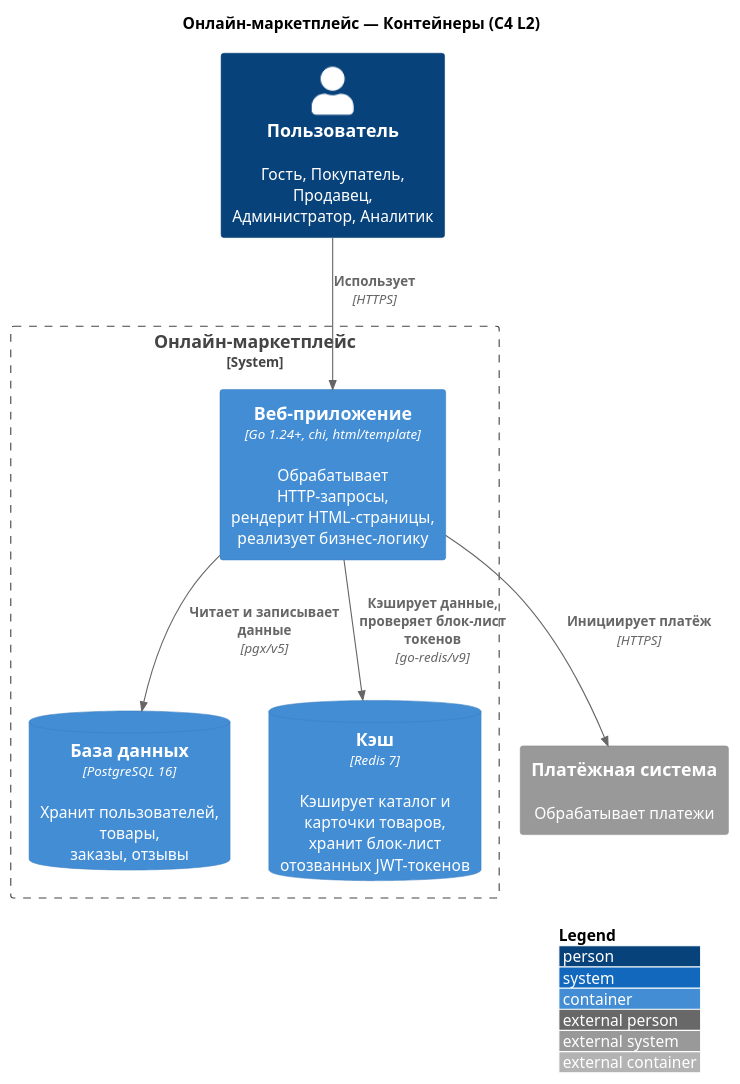
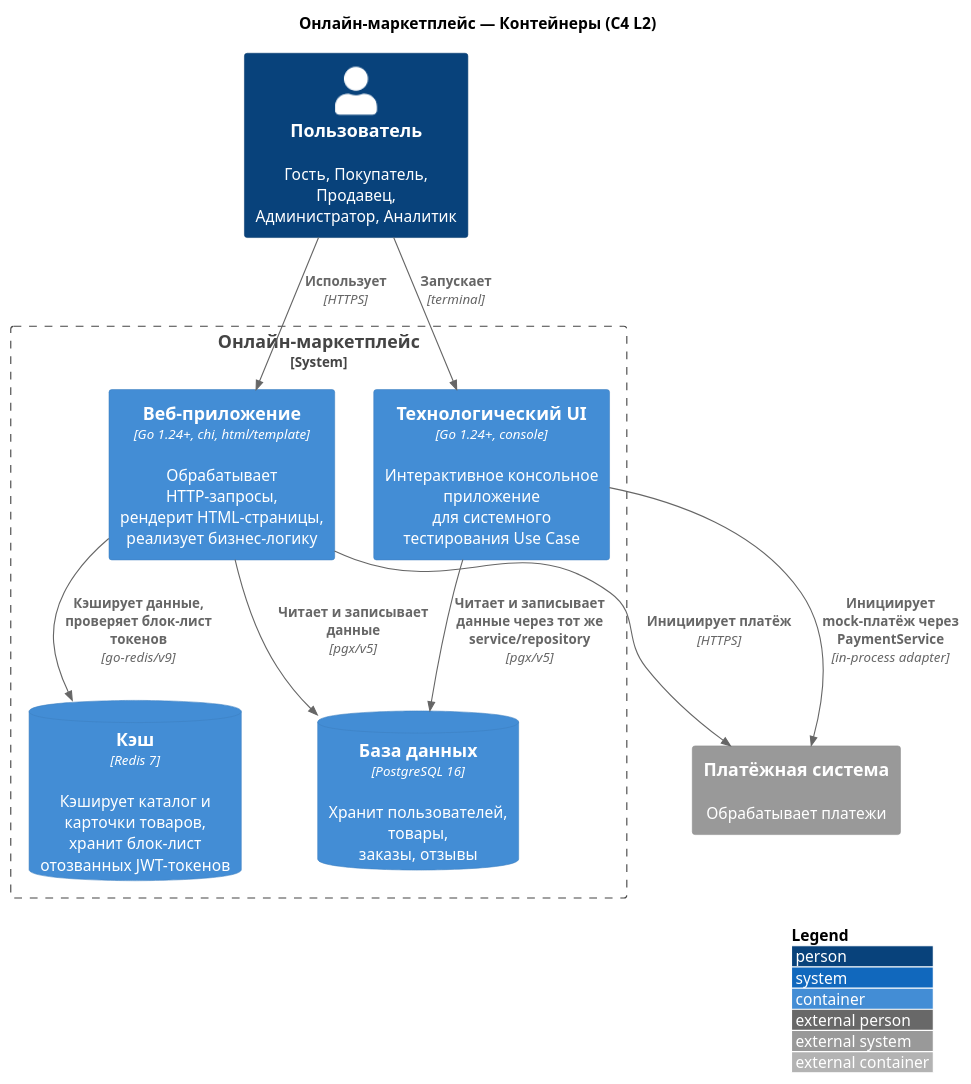
One commit to beastixq/marketplace changed the diagram in diagrams/src/C4_L2.puml. Above: the diagram before and after it, drawn with PlantUML. The commit also changed 9 other files, not shown here.

Commit message:
.gitignore and other untracked files now tracked. (diagrams, go mod/sum)

```diff
--- a/diagrams/src/C4_L2.puml
+++ b/diagrams/src/C4_L2.puml
@@ -1,23 +1,27 @@
 @startuml C4_L2
 !include <C4/C4_Container>
 
 title Онлайн-маркетплейс — Контейнеры (C4 L2)
 
 Person(user, "Пользователь", "Гость, Покупатель, Продавец,\nАдминистратор, Аналитик")
 
 System_Ext(bank, "Платёжная система", "Обрабатывает платежи")
 
 System_Boundary(marketplace, "Онлайн-маркетплейс") {
     Container(webapp, "Веб-приложение", "Go 1.24+, chi, html/template", "Обрабатывает HTTP-запросы,\nрендерит HTML-страницы,\nреализует бизнес-логику")
+    Container(techui, "Технологический UI", "Go 1.24+, console", "Интерактивное консольное приложение\nдля системного тестирования Use Case")
     ContainerDb(postgres, "База данных", "PostgreSQL 16", "Хранит пользователей, товары,\nзаказы, отзывы")
     ContainerDb(redis, "Кэш", "Redis 7", "Кэширует каталог и карточки товаров,\nхранит блок-лист отозванных JWT-токенов")
 }
 
 Rel(user, webapp, "Использует", "HTTPS")
+Rel(user, techui, "Запускает", "terminal")
 Rel(webapp, postgres, "Читает и записывает данные", "pgx/v5")
 Rel(webapp, redis, "Кэширует данные, проверяет блок-лист токенов", "go-redis/v9")
 Rel(webapp, bank, "Инициирует платёж", "HTTPS")
+Rel(techui, postgres, "Читает и записывает данные через тот же service/repository", "pgx/v5")
+Rel(techui, bank, "Инициирует mock-платёж через PaymentService", "in-process adapter")
 
 LAYOUT_WITH_LEGEND()
 
 @enduml
```
